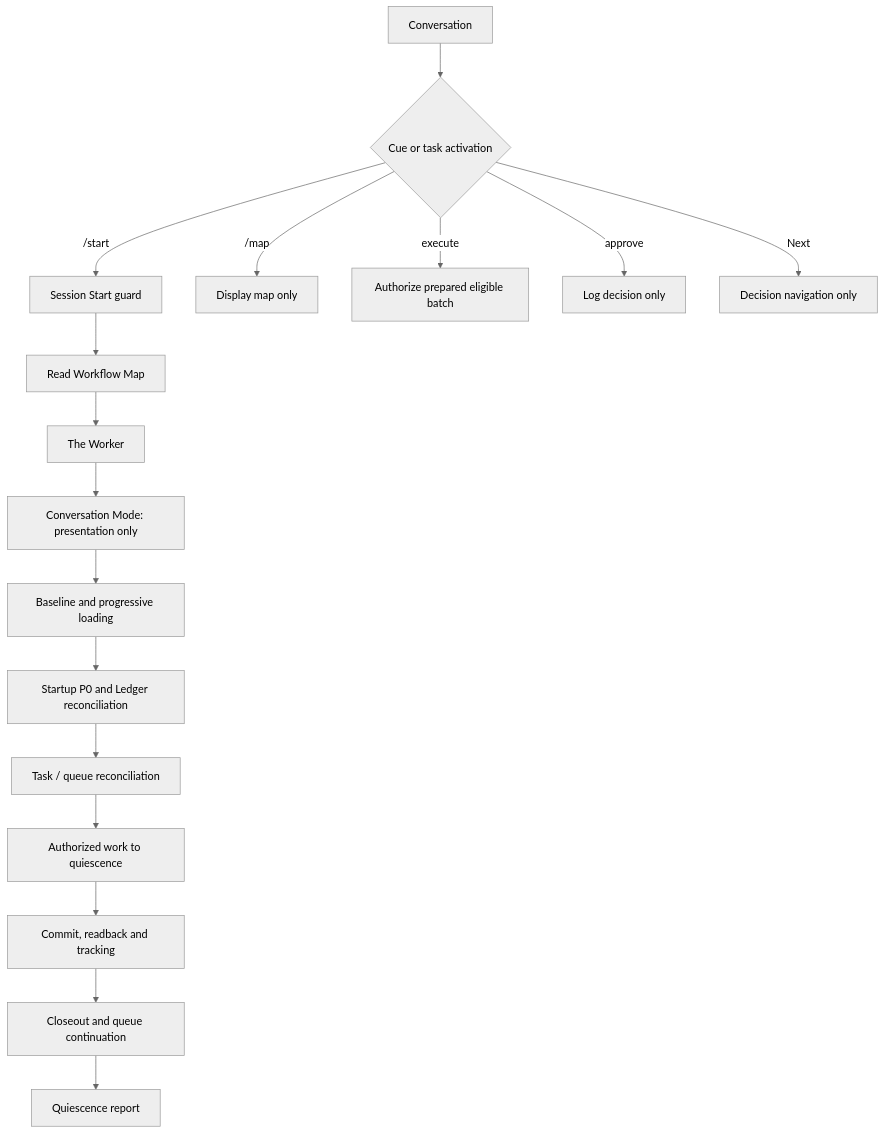
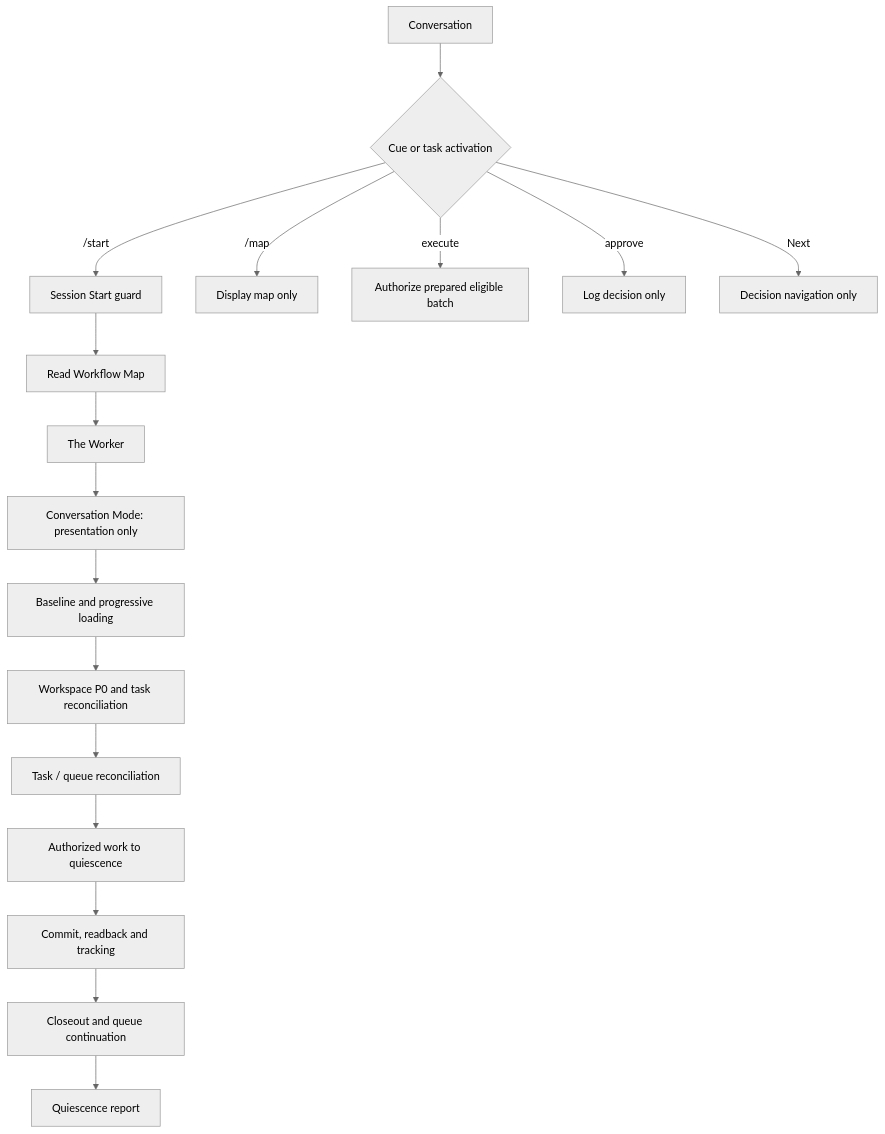
The first of 5 diagrams in .agent/WORKFLOW_MAP.md (dungnv2602/chatgpt), drawn with Mermaid (neutral theme) before and after one commit. The commit also changed other lines of this file, not shown here.

Commit message:
docs(workflow): scope CI activation to workspace tasks

````diff
--- a/.agent/WORKFLOW_MAP.md
+++ b/.agent/WORKFLOW_MAP.md
@@ -7,9 +7,9 @@
 ```mermaid
 flowchart TD
  A[Conversation] --> B{Cue or task activation}
- B -->|/start| C[Session Start guard] --> D[Read Workflow Map] --> E[The Worker] --> F[Conversation Mode: presentation only] --> G[Baseline and progressive loading] --> H[Startup P0 and Ledger reconciliation] --> I[Task / queue reconciliation] --> J[Authorized work to quiescence] --> K[Commit, readback and tracking] --> L[Closeout and queue continuation] --> M[Quiescence report]
+ B -->|/start| C[Session Start guard] --> D[Read Workflow Map] --> E[The Worker] --> F[Conversation Mode: presentation only] --> G[Baseline and progressive loading] --> H[Workspace P0 and task reconciliation] --> I[Task / queue reconciliation] --> J[Authorized work to quiescence] --> K[Commit, readback and tracking] --> L[Closeout and queue continuation] --> M[Quiescence report]
  B -->|/map| N[Display map only]
  B -->|execute| O[Authorize prepared eligible batch]
  B -->|approve| P[Log decision only]
  B -->|Next| Q[Decision navigation only]
 ```
````
